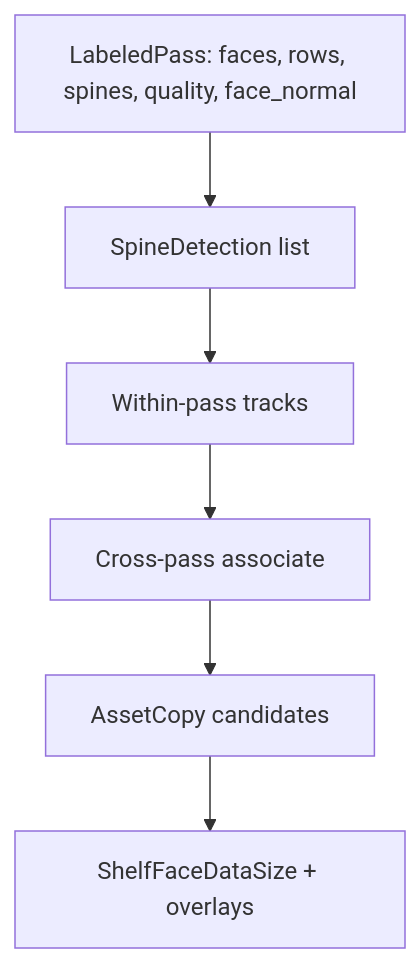
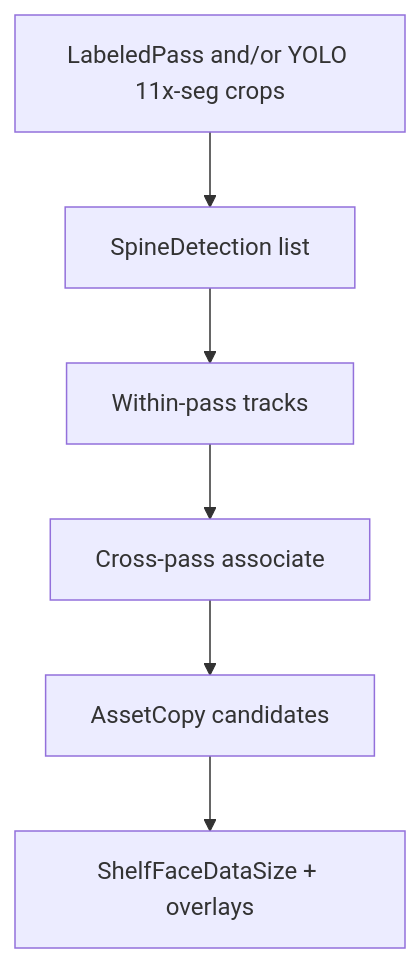
Before and after one commit to harshsinha-12/library-estimate: the eighth of 17 diagrams in docs/architecture.md, drawn with Mermaid. The commit also changed other lines of this file and 11 other files, not shown here.

First line of the commit message:
Add YOLO11 spine segmentation into the Fable/Astra/Jev flow

````diff
--- a/docs/architecture.md
+++ b/docs/architecture.md
@@ -356,8 +373,8 @@
 ```mermaid
 flowchart TB
-  LAB["LabeledPass: faces, rows, spines, quality, face_normal"] --> DET["SpineDetection list"]
+  LAB["LabeledPass and/or YOLO 11x-seg crops"] --> DET["SpineDetection list"]
   DET --> TR["Within-pass tracks"]
   TR --> AS["Cross-pass associate"]
   AS --> COPY["AssetCopy candidates"]
   COPY --> FACE["ShelfFaceDataSize + overlays"]
 ```
````
